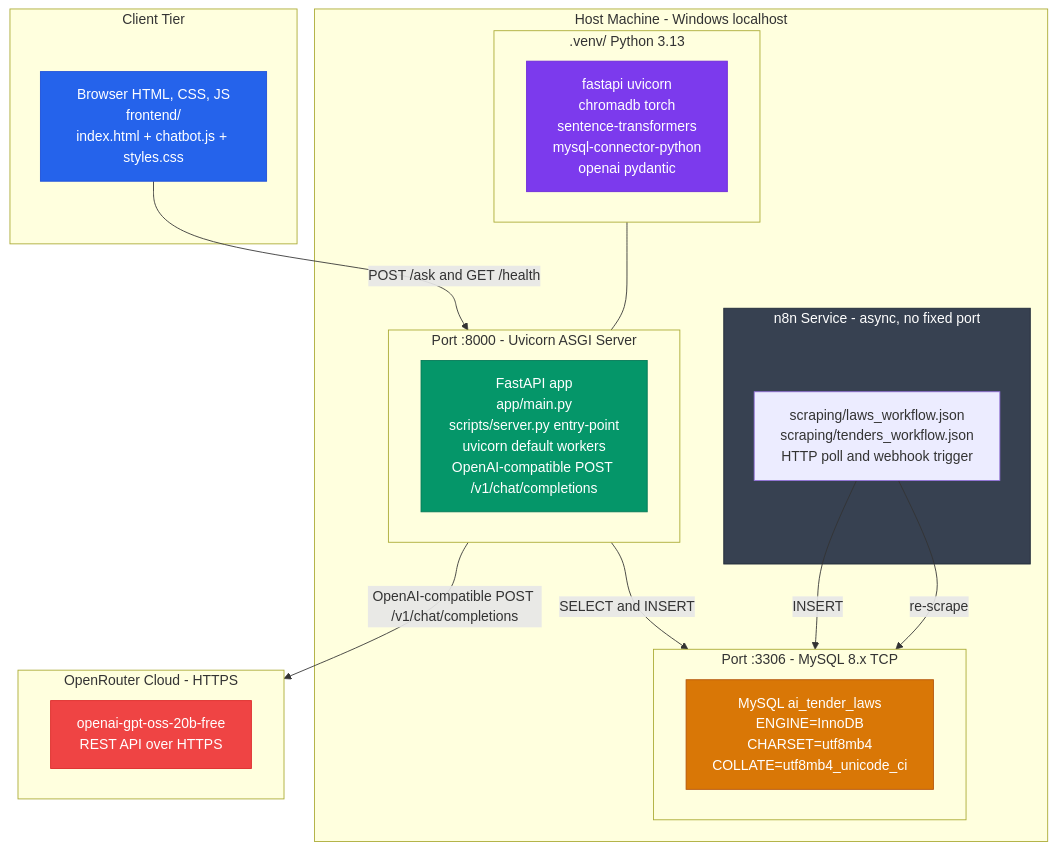
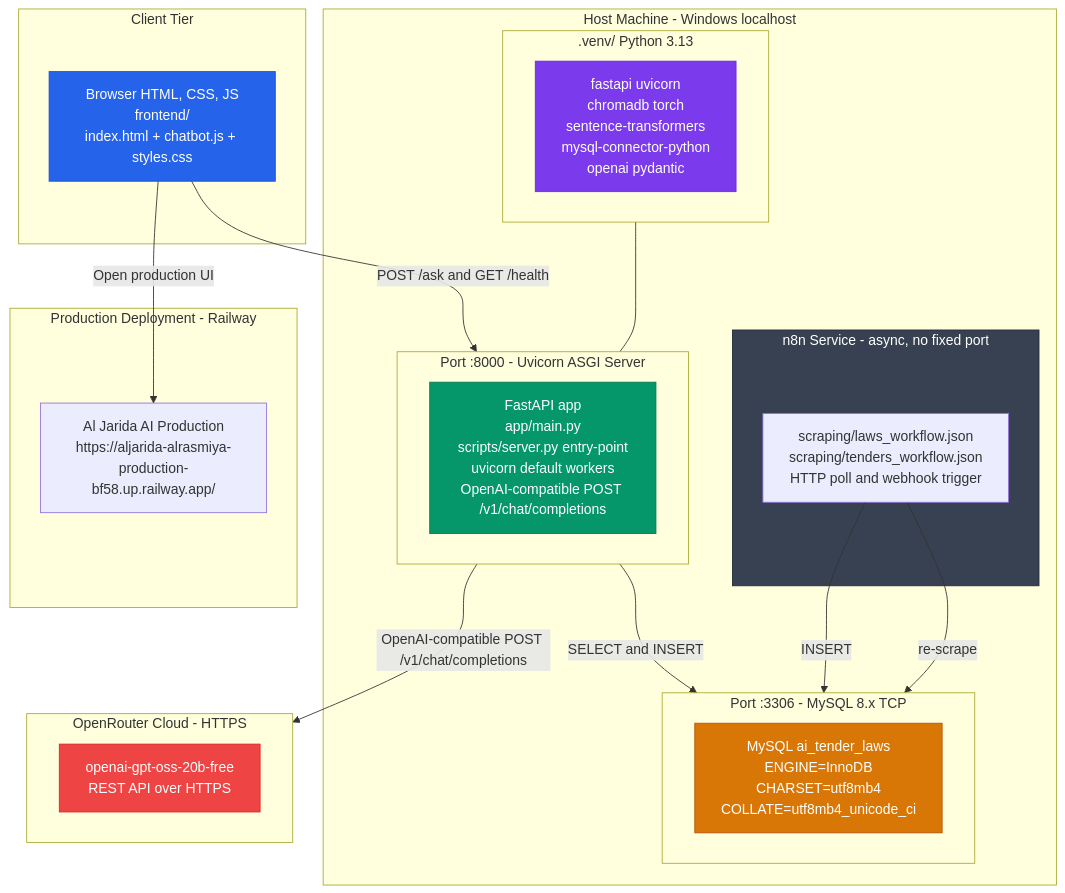
Before and after one commit to danielgh427/aljarida-alrasmiya: the diagram in docs/architecture/diagram-05-deployment.mermaid, drawn with Mermaid. The commit also changed 9 other files, not shown here.

```diff
--- a/docs/architecture/diagram-05-deployment.mermaid
+++ b/docs/architecture/diagram-05-deployment.mermaid
@@ -1,44 +1,49 @@
 flowchart TD
     subgraph ClientBox["Client Tier"]
         BROWSER["Browser HTML, CSS, JS<br/>frontend/<br/>index.html + chatbot.js + styles.css"]
     end
 
     subgraph HostBox["Host Machine - Windows localhost"]
         subgraph Port8000["Port :8000 - Uvicorn ASGI Server"]
             APP["FastAPI app<br/>app/main.py<br/>scripts/server.py entry-point<br/>uvicorn default workers<br/>OpenAI-compatible POST /v1/chat/completions"]
         end
         subgraph Port3306["Port :3306 - MySQL 8.x TCP"]
             DB["MySQL ai_tender_laws<br/>ENGINE=InnoDB<br/>CHARSET=utf8mb4<br/>COLLATE=utf8mb4_unicode_ci"]
         end
         subgraph VenvDir[".venv/ Python 3.13"]
             DEPS["fastapi uvicorn<br/>chromadb torch<br/>sentence-transformers<br/>mysql-connector-python<br/>openai pydantic"]
         end
         subgraph N8N_Service["n8n Service - async, no fixed port"]
             DW["scraping/laws_workflow.json<br/>scraping/tenders_workflow.json<br/>HTTP poll and webhook trigger"]
         end
     end
 
     subgraph Cloud["OpenRouter Cloud - HTTPS"]
         LLM["openai-gpt-oss-20b-free<br/>REST API over HTTPS"]
     end
 
+    subgraph Prod["Production Deployment - Railway"]
+        RAILWAY["Al Jarida AI Production<br/>https://aljarida-alrasmiya-production-bf58.up.railway.app/"]
+    end
+
     BROWSER  -->|"POST /ask and GET /health"| Port8000
+    BROWSER  -->|"Open production UI"| RAILWAY
     Port8000 -->|"SELECT and INSERT"| Port3306
     Port8000 -->|"OpenAI-compatible POST /v1/chat/completions"| Cloud
     DW       -->|"INSERT"| Port3306
     DW       -->|"re-scrape"| Port3306
     VenvDir --- Port8000
 
     classDef client fill:#2563eb,color:#fff,stroke:#1d4ed8
     classDef app    fill:#059669,color:#fff,stroke:#047857
     classDef db     fill:#d97706,color:#fff,stroke:#b45309
     classDef tool   fill:#7c3aed,color:#fff,stroke:#6d28d9
     classDef n8n1   fill:#374151,color:#fff,stroke:#1f2937
     classDef cloud  fill:#ef4444,color:#fff,stroke:#dc2626
 
     class BROWSER client
     class APP app
     class DB db
     class DEPS tool
     class N8N_Service n8n1
     class LLM cloud
```
